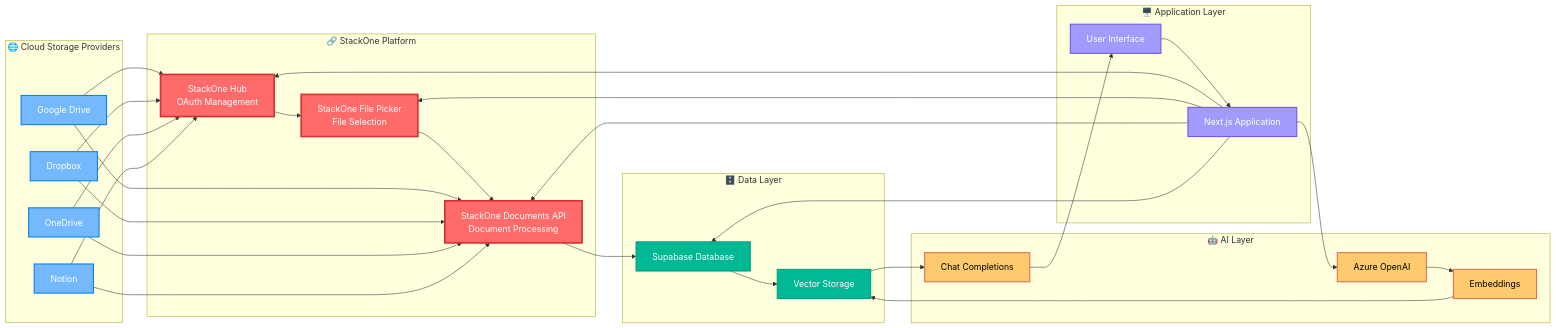
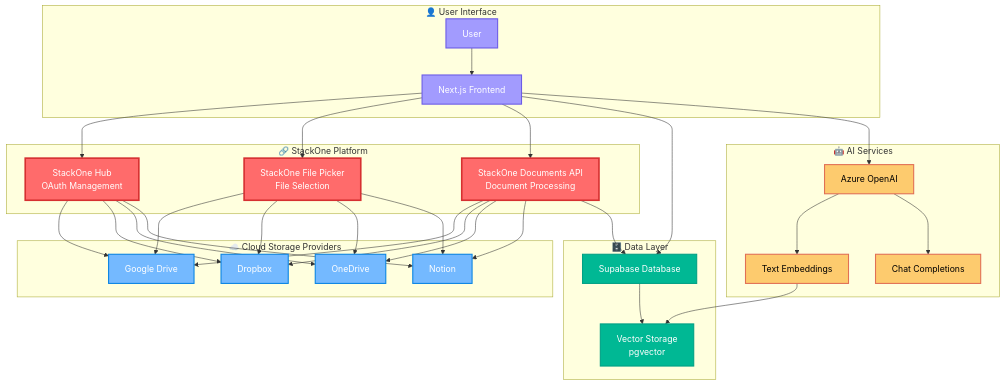
One commit to StackOneHQ/examples changed the diagram in apps/react-nextjs-knowledge-agent/README.md. Above: the diagram before and after it, drawn with Mermaid. The commit also changed other lines of this file, not shown here.

````diff
--- a/apps/react-nextjs-knowledge-agent/README.md
+++ b/apps/react-nextjs-knowledge-agent/README.md
@@ -764,74 +95,77 @@
 ```mermaid
-graph LR
-    subgraph "🌐 Cloud Storage Providers"
+graph TB
+    subgraph "👤 User Interface"
+        U[User]
+        UI[Next.js Frontend]
+    end
+    
+    subgraph "🔗 StackOne Platform"
+        HUB[StackOne Hub<br/>OAuth Management]
+        PICKER[StackOne File Picker<br/>File Selection]
+        API[StackOne Documents API<br/>Document Processing]
+    end
+    
+    subgraph "☁️ Cloud Storage Providers"
         GD[Google Drive]
         DB[Dropbox]
         OD[OneDrive]
         NT[Notion]
     end
     
-    subgraph "🔗 StackOne Platform"
-        SH[StackOne Hub<br/>OAuth Management]
-        SF[StackOne File Picker<br/>File Selection]
-        SD[StackOne Documents API<br/>Document Processing]
+    subgraph "🗄️ Data Layer"
+        SUP[Supabase Database]
+        VEC[Vector Storage<br/>pgvector]
     end
     
-    subgraph "🖥️ Application Layer"
-        APP[Next.js Application]
-        UI[User Interface]
+    subgraph "🤖 AI Services"
+        AZURE[Azure OpenAI]
+        EMB[Text Embeddings]
+        LLM[Chat Completions]
     end
     
-    subgraph "🗄️ Data Layer"
-        SUP[Supabase Database]
-        VEC[Vector Storage]
-    end
+    %% User interactions
+    U --> UI
+    UI --> HUB
+    UI --> PICKER
+    UI --> API
     
-    subgraph "🤖 AI Layer"
-        AZ[Azure OpenAI]
-        EMB[Embeddings]
-        CHAT[Chat Completions]
-    end
+    %% StackOne integrations
+    HUB --> GD
+    HUB --> DB
+    HUB --> OD
+    HUB --> NT
     
-    %% StackOne connections
-    GD --> SH
-    DB --> SH
-    OD --> SH
-    NT --> SH
+    PICKER --> GD
+    PICKER --> DB
+    PICKER --> OD
+    PICKER --> NT
     
-    SH --> SF
-    SF --> SD
-    
-    GD --> SD
-    DB --> SD
-    OD --> SD
-    NT --> SD
-    
-    %% Application connections
-    UI --> APP
-    APP --> SH
-    APP --> SF
-    APP --> SD
-    APP --> SUP
-    APP --> AZ
+    API --> GD
+    API --> DB
+    API --> OD
+    API --> NT
     
     %% Data flow
-    SD --> SUP
+    API --> SUP
     SUP --> VEC
-    AZ --> EMB
+    UI --> SUP
+    
+    %% AI processing
+    UI --> AZURE
+    AZURE --> EMB
+    AZURE --> LLM
     EMB --> VEC
-    VEC --> CHAT
-    CHAT --> UI
     
     %% Styling
     classDef stackone fill:#ff6b6b,stroke:#d63031,stroke-width:3px,color:#fff
     classDef cloud fill:#74b9ff,stroke:#0984e3,stroke-width:2px,color:#fff
-    classDef app fill:#a29bfe,stroke:#6c5ce7,stroke-width:2px,color:#fff
-    classDef data fill:#00b894,stroke:#00a085,stroke-width:2px,color:#fff
+    classDef database fill:#00b894,stroke:#00a085,stroke-width:2px,color:#fff
     classDef ai fill:#fdcb6e,stroke:#e17055,stroke-width:2px,color:#000
+    classDef user fill:#a29bfe,stroke:#6c5ce7,stroke-width:2px,color:#fff
     
-    class SH,SF,SD stackone
+    class HUB,PICKER,API stackone
     class GD,DB,OD,NT cloud
-    class APP,UI app
-    class SUP,VEC data
-    class AZ,EMB,CHAT ai
+    class SUP,VEC database
+    class AZURE,EMB,LLM ai
+    class U,UI user
 ```
````
